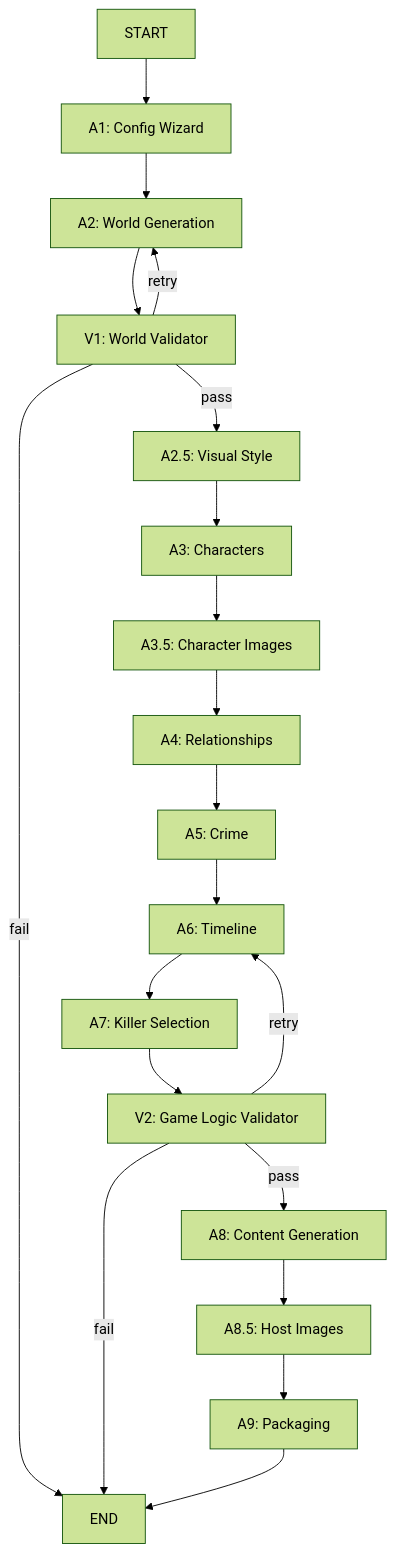
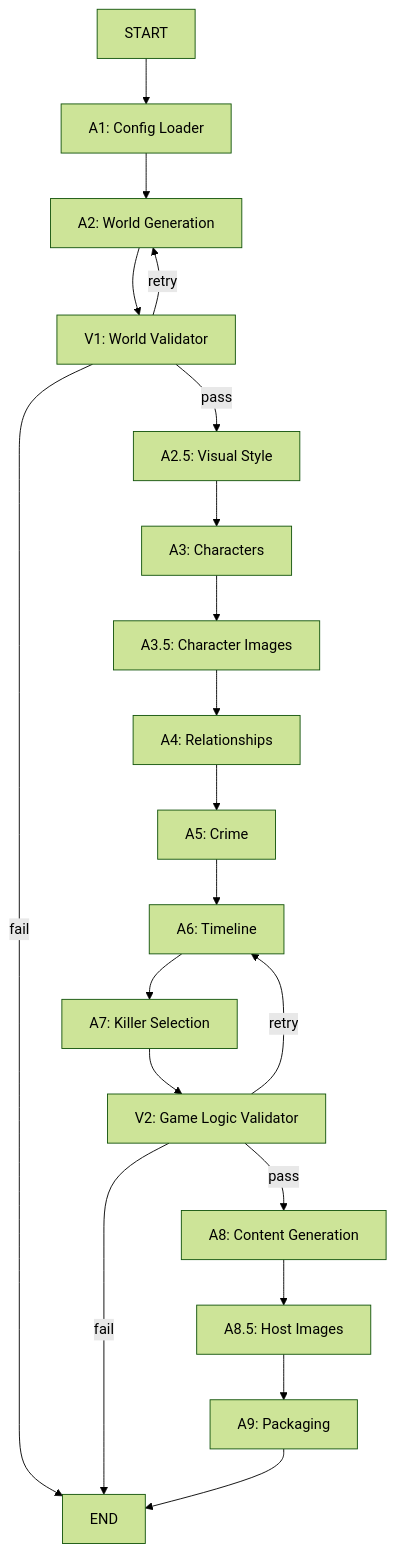
Before and after one commit to juanje/mystery-agents: the diagram in README.md, drawn with Mermaid (forest theme). The commit also changed other lines of this file and 8 other files, not shown here.

````diff
--- a/README.md
+++ b/README.md
@@ -288,22 +298,22 @@
 ```mermaid
 graph TD
-    START --> A1[A1: Config Wizard]
+    START --> A1[A1: Config Loader]
     A1 --> A2[A2: World Generation]
     A2 --> V1[V1: World Validator]
     V1 -->|pass| A2_5[A2.5: Visual Style]
     V1 -->|retry| A2
     V1 -->|fail| END
     A2_5 --> A3[A3: Characters]
     A3 --> A3_5[A3.5: Character Images]
     A3_5 --> A4[A4: Relationships]
     A4 --> A5[A5: Crime]
     A5 --> A6[A6: Timeline]
     A6 --> A7[A7: Killer Selection]
     A7 --> V2[V2: Game Logic Validator]
     V2 -->|pass| A8[A8: Content Generation]
     V2 -->|retry| A6
     V2 -->|fail| END
     A8 --> A8_5[A8.5: Host Images]
     A8_5 --> A9[A9: Packaging]
     A9 --> END
 ```
````
